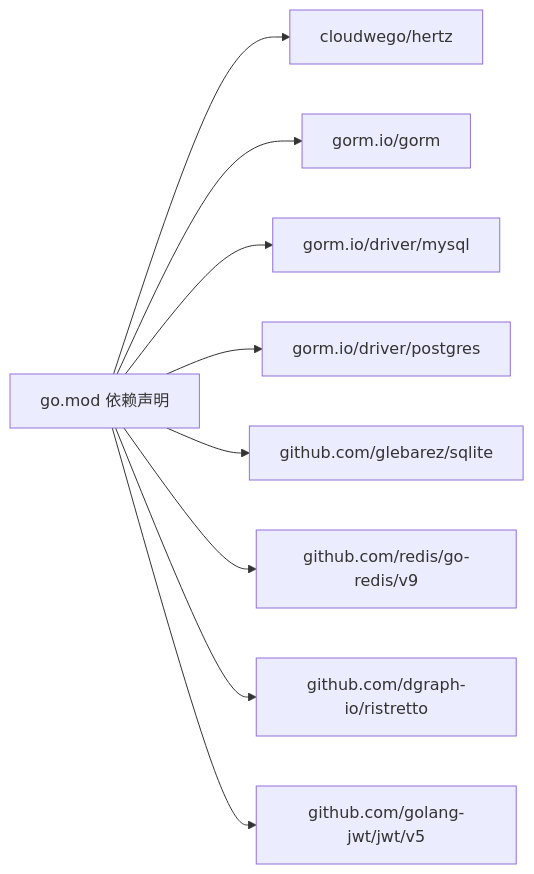
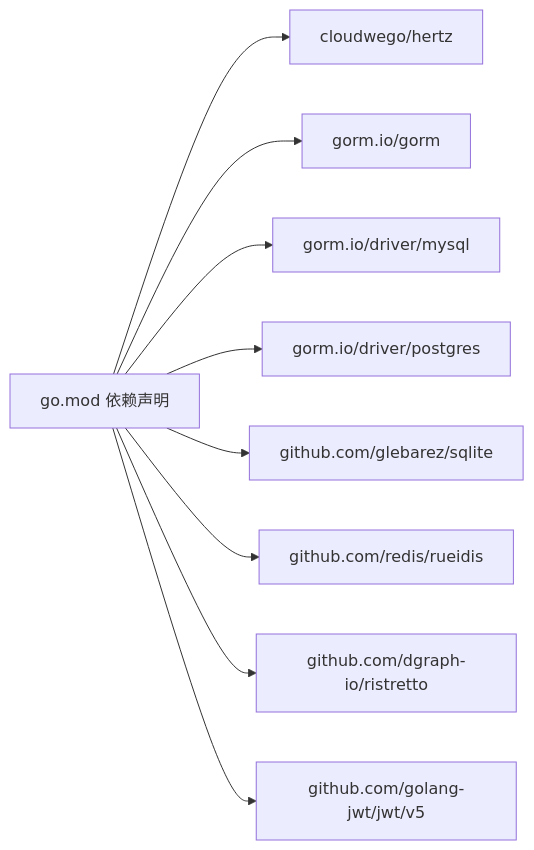
One commit to x01n/My-OpenWaf changed the seventh of 7 diagrams in docs/项目概述/项目概述.md. Above: the diagram before and after it, drawn with Mermaid. The commit also changed other lines of this file and 329 other files, not shown here.

````diff
--- a/docs/项目概述/项目概述.md
+++ b/docs/项目概述/项目概述.md
@@ -438,20 +438,20 @@
 ```mermaid
 graph LR
 GO_MOD["go.mod 依赖声明"]
 HERTZ["cloudwego/hertz"]
 GORM["gorm.io/gorm"]
 MYSQL["gorm.io/driver/mysql"]
 PG["gorm.io/driver/postgres"]
 SQLITE["github.com/glebarez/sqlite"]
-REDIS["github.com/redis/go-redis/v9"]
+REDIS["github.com/redis/rueidis"]
 RISTRETTO["github.com/dgraph-io/ristretto"]
 JWT["github.com/golang-jwt/jwt/v5"]
 GO_MOD --> HERTZ
 GO_MOD --> GORM
 GO_MOD --> MYSQL
 GO_MOD --> PG
 GO_MOD --> SQLITE
 GO_MOD --> REDIS
 GO_MOD --> RISTRETTO
 GO_MOD --> JWT
 ```
````
